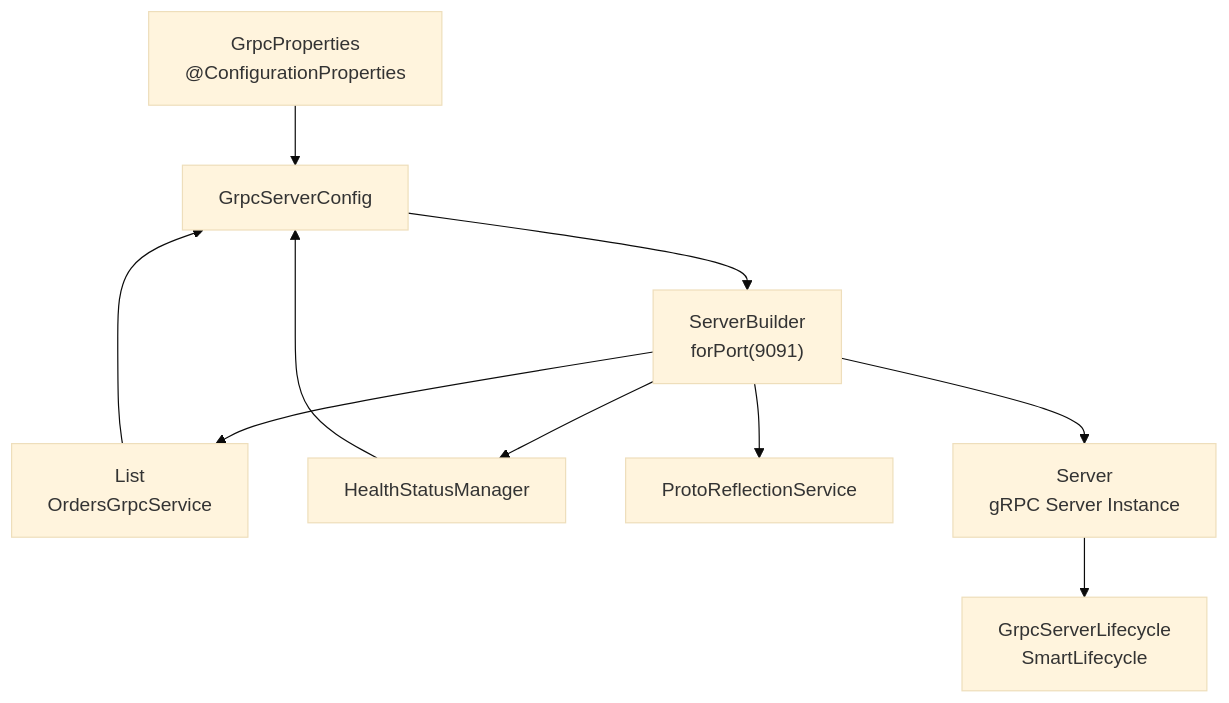
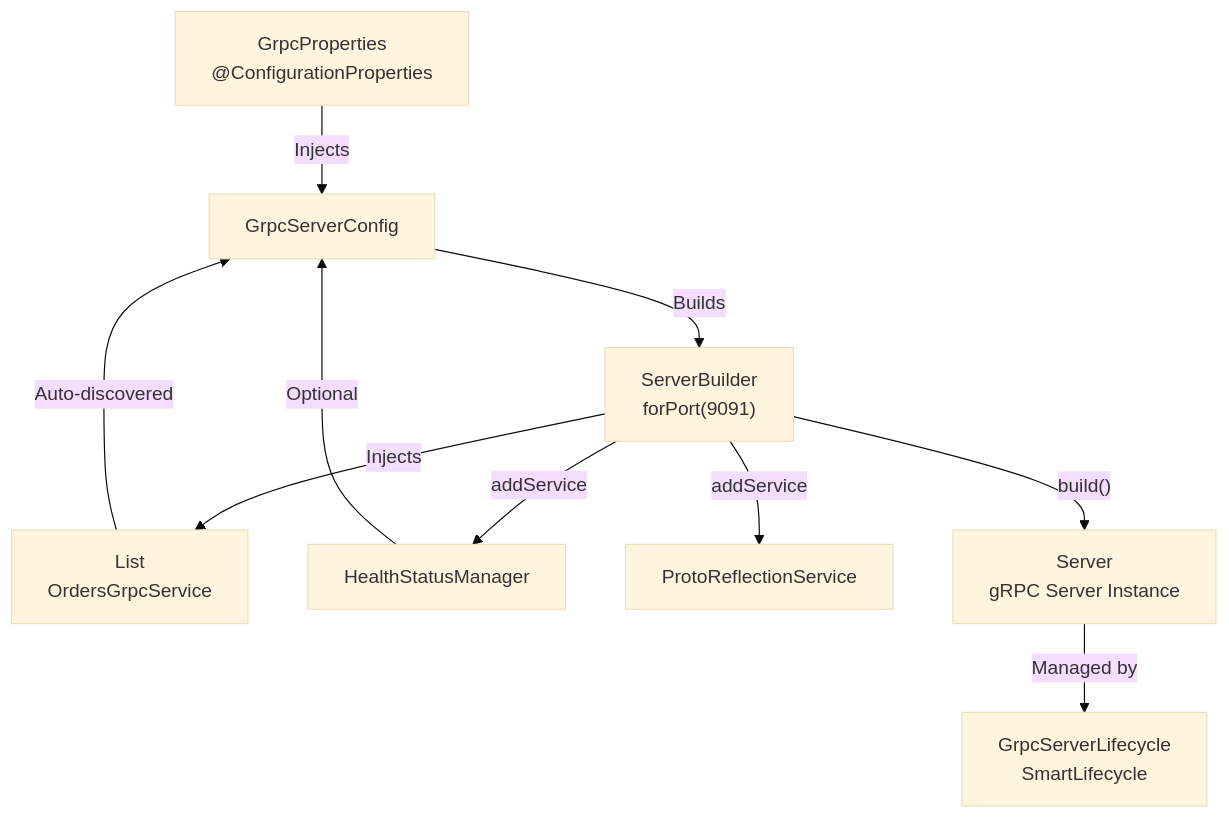
Before and after one commit to philipz/spring-modular-monolith: the third of 8 diagrams in docs/deepwiki/Config-Module.md, drawn with Mermaid (base theme). The commit also changed other lines of this file and 55 other files, not shown here.

````diff
--- a/docs/deepwiki/Config-Module.md
+++ b/docs/deepwiki/Config-Module.md
@@ -204,22 +204,22 @@
 ```mermaid
 flowchart TD
 
 GrpcProps["GrpcProperties<br>@ConfigurationProperties"]
 GrpcServerCfg["GrpcServerConfig"]
 ServerBuilder["ServerBuilder<br>forPort(9091)"]
 BindableServices["List<br>OrdersGrpcService"]
 HealthMgr["HealthStatusManager"]
 ReflectionSvc["ProtoReflectionService"]
 GrpcServer["Server<br>gRPC Server Instance"]
 Lifecycle["GrpcServerLifecycle<br>SmartLifecycle"]
 
-GrpcProps --> GrpcServerCfg
-BindableServices --> GrpcServerCfg
-HealthMgr --> GrpcServerCfg
-GrpcServerCfg --> ServerBuilder
-ServerBuilder --> BindableServices
-ServerBuilder --> HealthMgr
-ServerBuilder --> ReflectionSvc
-ServerBuilder --> GrpcServer
-GrpcServer --> Lifecycle
+GrpcProps -->|"Injects"| GrpcServerCfg
+BindableServices -->|"Auto-discovered"| GrpcServerCfg
+HealthMgr -->|"Optional"| GrpcServerCfg
+GrpcServerCfg -->|"Builds"| ServerBuilder
+ServerBuilder -->|"Injects"| BindableServices
+ServerBuilder -->|"addService"| HealthMgr
+ServerBuilder -->|"addService"| ReflectionSvc
+ServerBuilder -->|"build()"| GrpcServer
+GrpcServer -->|"Managed by"| Lifecycle
 ```
````
